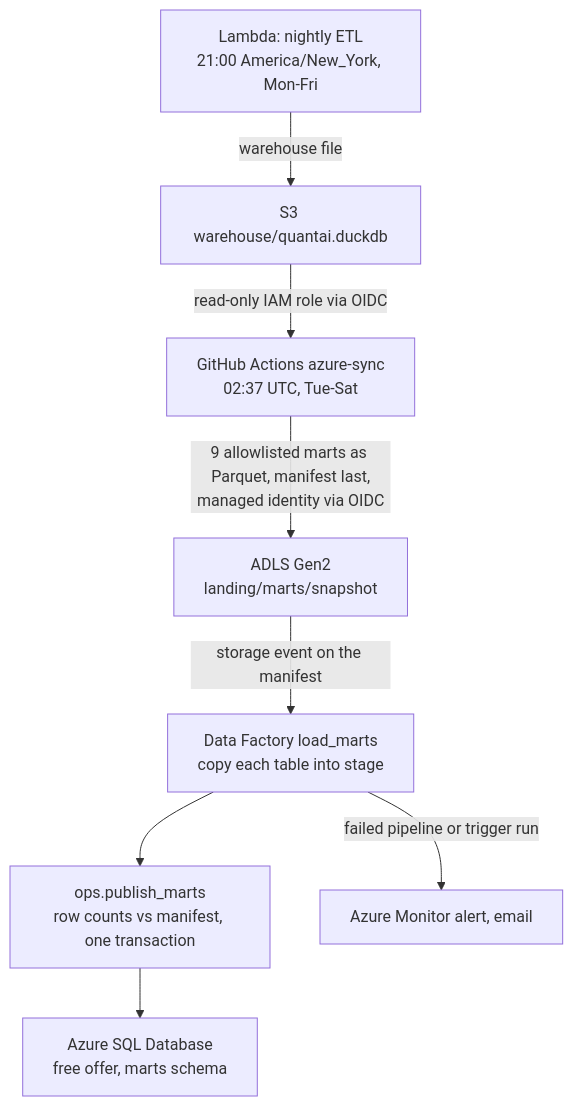
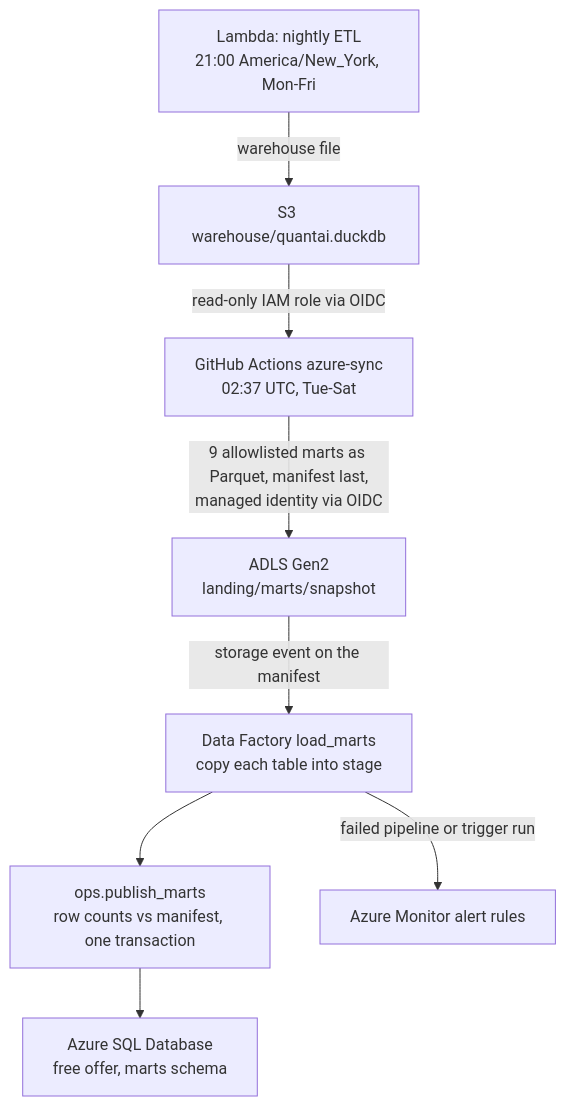
Before and after one commit to C0k11/quantai: the tenth of 10 diagrams in README.md, drawn with Mermaid. The commit also changed other lines of this file, not shown here.

Commit message:
docs: Azure load ran through October; trial ended, workflow disabled

````diff
--- a/README.md
+++ b/README.md
@@ -617,10 +626,10 @@
 ```mermaid
 flowchart TB
     ETL["Lambda: nightly ETL<br/>21:00 America/New_York, Mon-Fri"] -->|"warehouse file"| S3["S3 warehouse/quantai.duckdb"]
     S3 -->|"read-only IAM role via OIDC"| GHA["GitHub Actions azure-sync<br/>02:37 UTC, Tue-Sat"]
     GHA -->|"9 allowlisted marts as Parquet, manifest last,<br/>managed identity via OIDC"| ADLS["ADLS Gen2<br/>landing/marts/snapshot"]
     ADLS -->|"storage event on the manifest"| ADF["Data Factory load_marts<br/>copy each table into stage"]
     ADF --> PUB["ops.publish_marts<br/>row counts vs manifest, one transaction"]
     PUB --> SQL["Azure SQL Database<br/>free offer, marts schema"]
-    ADF -->|"failed pipeline or trigger run"| MON["Azure Monitor alert, email"]
+    ADF -->|"failed pipeline or trigger run"| MON["Azure Monitor alert rules"]
 ```
````
